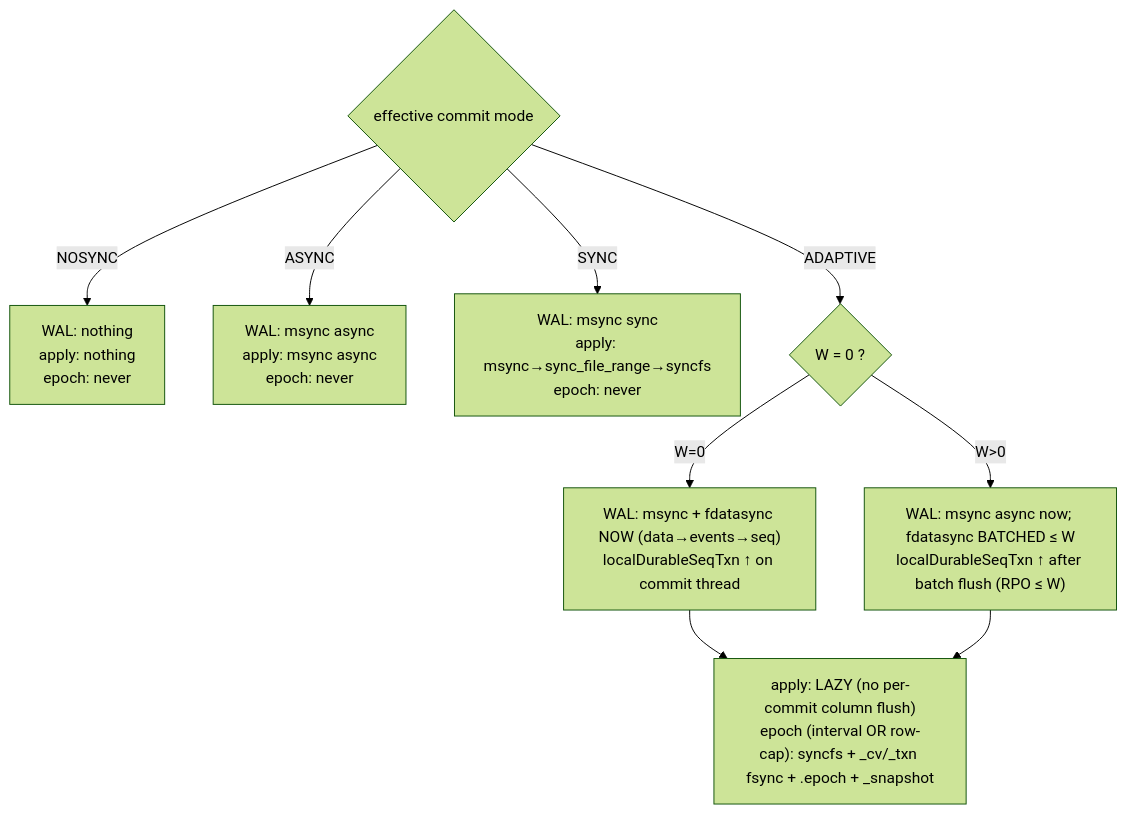
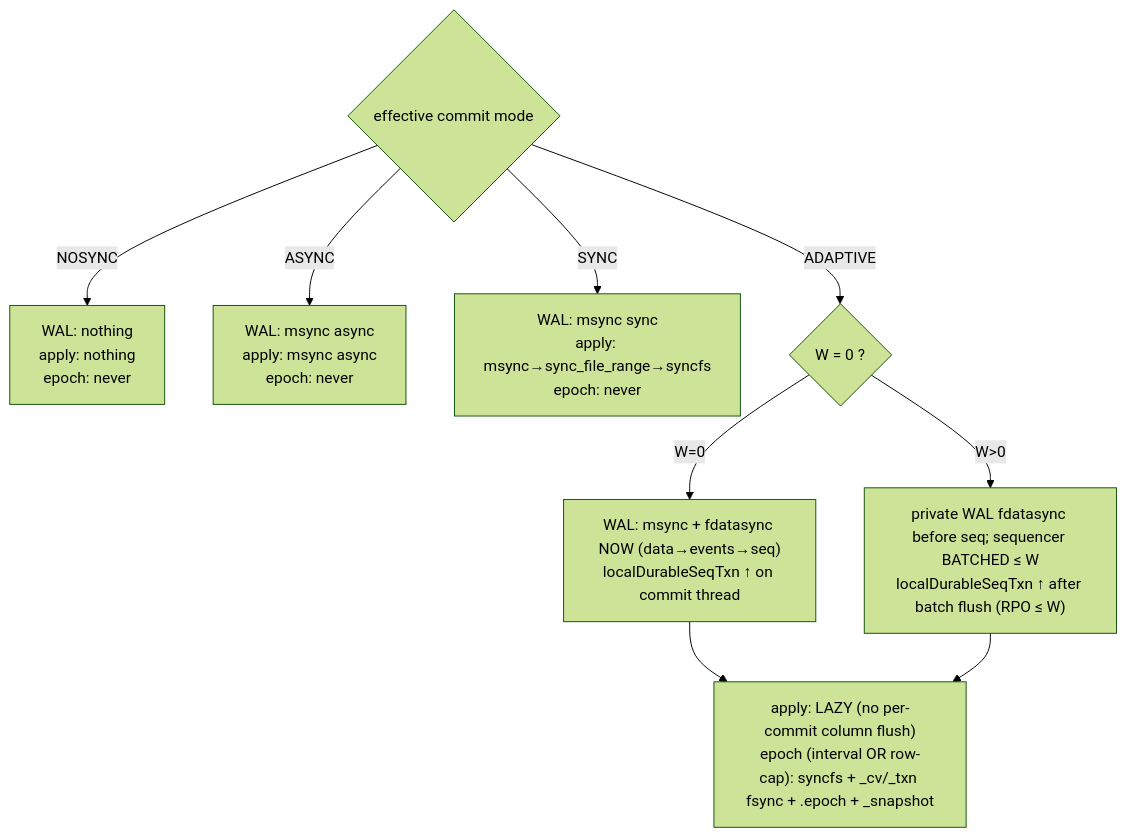
The fourth of 4 diagrams in docs/adaptive-commit-internals.md (questdb/questdb), drawn with Mermaid (forest theme) before and after one commit. The commit also changed other lines of this file and 49 other files, not shown here.

````diff
--- a/docs/adaptive-commit-internals.md
+++ b/docs/adaptive-commit-internals.md
@@ -353,12 +357,12 @@
 ```mermaid
 flowchart TD
     CM{"effective commit mode"}
     CM -->|NOSYNC| N["WAL: nothing<br/>apply: nothing<br/>epoch: never"]
     CM -->|ASYNC| AS["WAL: msync async<br/>apply: msync async<br/>epoch: never"]
     CM -->|SYNC| S["WAL: msync sync<br/>apply: msync→sync_file_range→syncfs<br/>epoch: never"]
     CM -->|ADAPTIVE| AD{"W = 0 ?"}
     AD -->|W=0| A0["WAL: msync + fdatasync NOW (data→events→seq)<br/>localDurableSeqTxn ↑ on commit thread"]
-    AD -->|"W&gt;0"| AW["WAL: msync async now; fdatasync BATCHED ≤ W<br/>localDurableSeqTxn ↑ after batch flush (RPO ≤ W)"]
+    AD -->|"W&gt;0"| AW["private WAL fdatasync before seq; sequencer BATCHED ≤ W<br/>localDurableSeqTxn ↑ after batch flush (RPO ≤ W)"]
     A0 --> ADAP["apply: LAZY (no per-commit column flush)<br/>epoch (interval OR row-cap): syncfs + _cv/_txn fsync + .epoch + _snapshot"]
     AW --> ADAP
 ```
````
